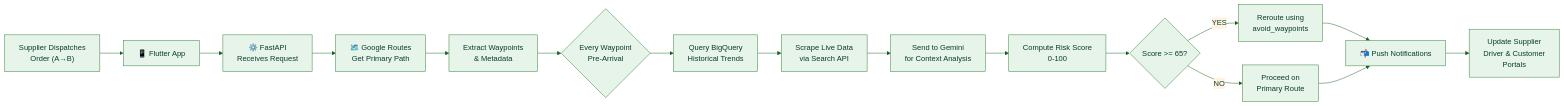
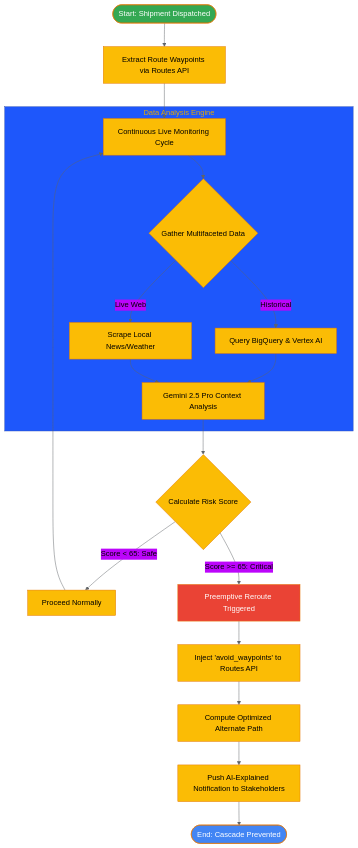
One commit to TechNoSena/Garuda changed the second of 4 diagrams in readme.md. Above: the diagram before and after it, drawn with Mermaid. The commit also changed other lines of this file and 2 other files, not shown here.

````diff
--- a/readme.md
+++ b/readme.md
@@ -164,19 +104,28 @@
 ```mermaid
-%%{init: {"theme": "base", "themeVariables": {"primaryColor": "#E6F4EA", "primaryTextColor": "#0B3D2E", "primaryBorderColor": "#2E7D32", "lineColor": "#1B5E20", "secondaryColor": "#FFF3E0", "tertiaryColor": "#E3F2FD", "fontFamily": "Trebuchet MS"}}}%%
-flowchart LR
-    User["Supplier Dispatches<br/>Order (A→B)"] --> Mobile["📱 Flutter App"]
-    Mobile --> FastAPI["⚙️ FastAPI<br/>Receives Request"]
-    FastAPI --> RouteAPI["🗺️ Google Routes<br/>Get Primary Path"]
-    RouteAPI --> Extract["Extract Waypoints<br/>&amp; Metadata"]
-    Extract --> Decision{Every Waypoint<br/>Pre-Arrival}
-    Decision --> HistoricalCheck["Query BigQuery<br/>Historical Trends"]
-    HistoricalCheck --> LiveSearch["Scrape Live Data<br/>via Search API"]
-    LiveSearch --> Gemini["Send to Gemini<br/>for Context Analysis"]
-    Gemini --> RiskScore["Compute Risk Score<br/>0-100"]
-    RiskScore --> Threshold{Score >= 65?}
-    Threshold -->|YES| Reroute["Reroute using<br/>avoid_waypoints"]
-    Threshold -->|NO| Proceed["Proceed on<br/>Primary Route"]
-    Reroute --> Notify["📬 Push Notifications"]
-    Proceed --> Notify
-    Notify --> Portals["Update Supplier<br/>Driver &amp; Customer<br/>Portals"]
+%%{init: {"theme": "base", "themeVariables": {"primaryColor": "#FBBC05", "primaryTextColor": "#000", "primaryBorderColor": "#E37400", "lineColor": "#5F6368"}}}%%
+flowchart TD
+    1([Start: Shipment Dispatched]) --> 2[Extract Route Waypoints via Routes API]
+    2 --> 3[Continuous Live Monitoring Cycle]
+    
+    subgraph Data Analysis Engine
+        3 --> 4{Gather Multifaceted Data}
+        4 -->|Historical| 5[Query BigQuery & Vertex AI]
+        4 -->|Live Web| 6[Scrape Local News/Weather]
+        5 --> 7[Gemini 2.5 Pro Context Analysis]
+        6 --> 7
+    end
+    
+    7 --> 8{Calculate Risk Score}
+    8 -->|Score < 65: Safe| 9[Proceed Normally]
+    9 --> 3
+    
+    8 -->|Score >= 65: Critical| 10[Preemptive Reroute Triggered]
+    10 --> 11[Inject 'avoid_waypoints' to Routes API]
+    11 --> 12[Compute Optimized Alternate Path]
+    12 --> 13[Push AI-Explained Notification to Stakeholders]
+    13 --> 14([End: Cascade Prevented])
+
+    style 1 fill:#34A853,color:#FFF
+    style 14 fill:#4285F4,color:#FFF
+    style 10 fill:#EA4335,color:#FFF
 ```
````
